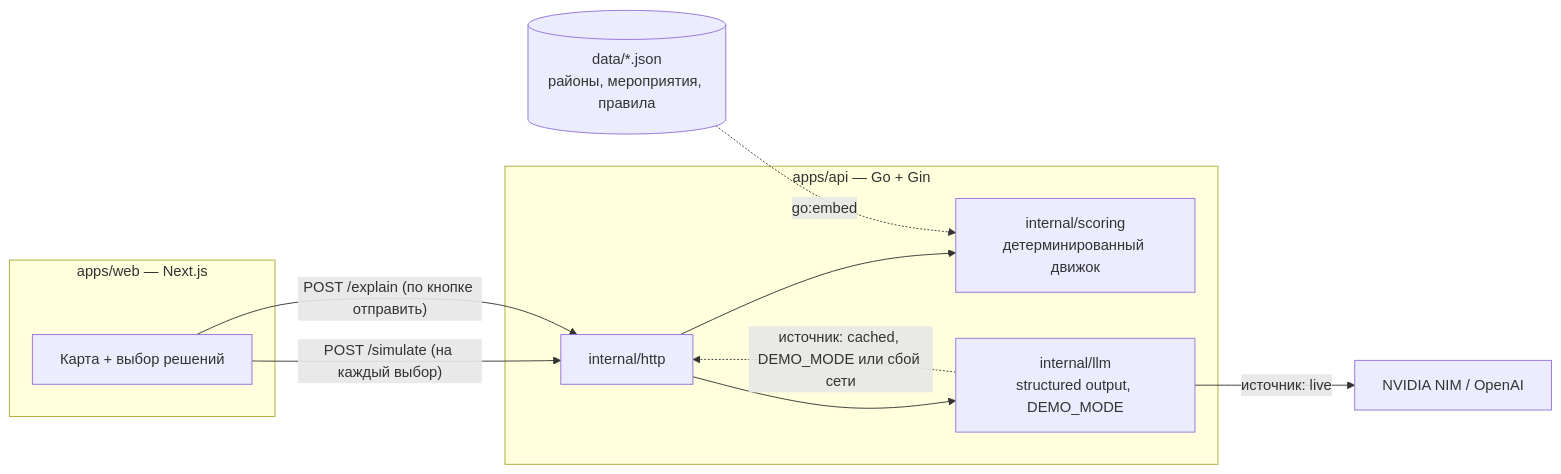
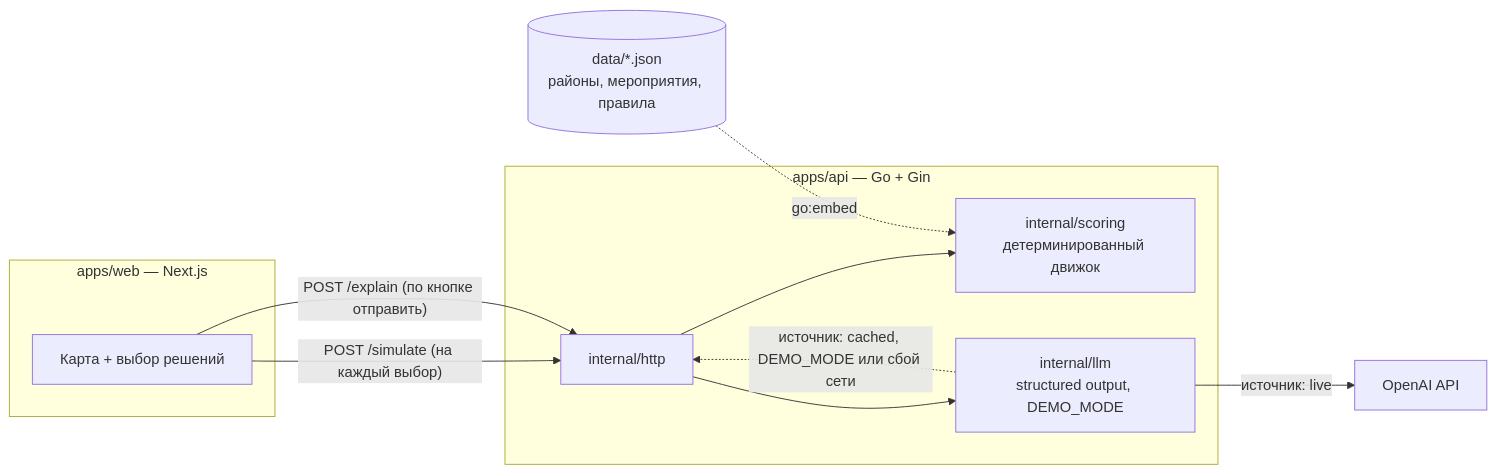
The diagram in README.md (BAITC-Hacks/hack-2e79658e-nosleep-dev), drawn with Mermaid before and after one commit. The commit also changed other lines of this file and 5 other files, not shown here.

Commit message:
feat(llm): default to OpenAI API key and model

````diff
--- a/README.md
+++ b/README.md
@@ -86,23 +86,23 @@
 ```mermaid
 flowchart LR
     subgraph Web["apps/web — Next.js"]
         UI["Карта + выбор решений"]
     end
 
     subgraph API["apps/api — Go + Gin"]
         HTTP["internal/http"]
         Scoring["internal/scoring<br/>детерминированный движок"]
         LLM["internal/llm<br/>structured output, DEMO_MODE"]
     end
 
     Data[("data/*.json<br/>районы, мероприятия, правила")]
-    Provider["NVIDIA NIM / OpenAI"]
+    Provider["OpenAI API"]
 
     UI -- "POST /simulate (на каждый выбор)" --> HTTP
     UI -- "POST /explain (по кнопке отправить)" --> HTTP
     HTTP --> Scoring
     HTTP --> LLM
     Data -. "go:embed" .-> Scoring
     LLM -- "источник: live" --> Provider
     LLM -. "источник: cached, DEMO_MODE или сбой сети" .-> HTTP
 ```
````
